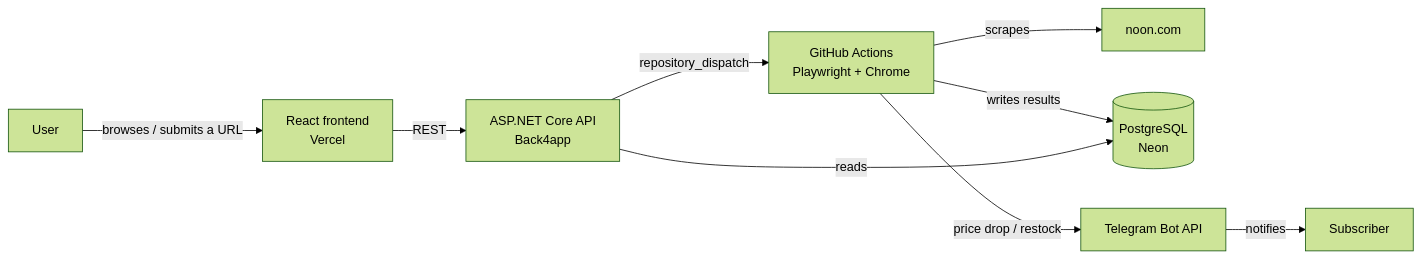
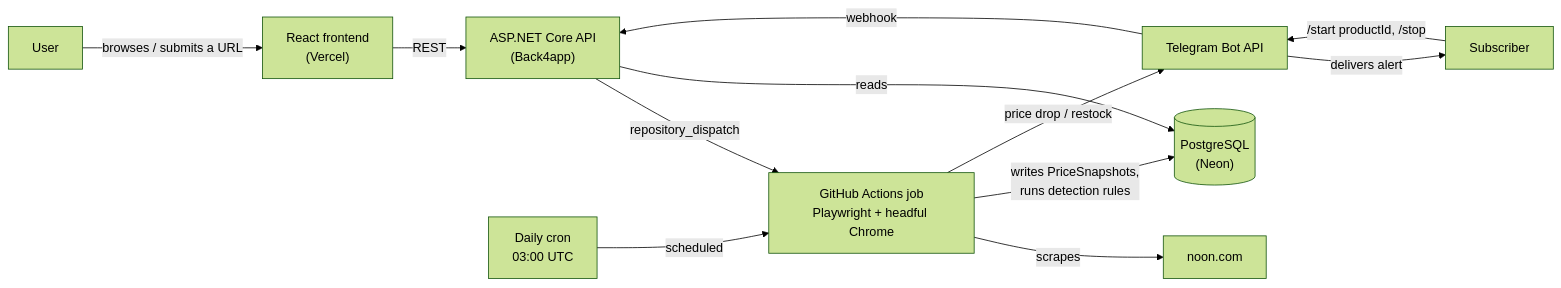
Before and after one commit to alieldeenahmed/Noon-Scraper: the first of 2 diagrams in README.md, drawn with Mermaid (forest theme). The commit also changed other lines of this file, not shown here.

````diff
--- a/README.md
+++ b/README.md
@@ -25,11 +50,14 @@
 ```mermaid
 flowchart LR
-    User -->|browses / submits a URL| FE[React frontend<br/>Vercel]
-    FE -->|REST| API[ASP.NET Core API<br/>Back4app]
-    API -->|repository_dispatch| GHA[GitHub Actions<br/>Playwright + Chrome]
+    User -->|browses / submits a URL| FE["React frontend<br/>(Vercel)"]
+    FE -->|REST| API["ASP.NET Core API<br/>(Back4app)"]
+    API -->|repository_dispatch| GHA["GitHub Actions job<br/>Playwright + headful Chrome"]
+    Cron["Daily cron<br/>03:00 UTC"] -->|scheduled| GHA
     GHA -->|scrapes| Noon[noon.com]
-    GHA -->|writes results| DB[(PostgreSQL<br/>Neon)]
+    GHA -->|writes PriceSnapshots,<br/>runs detection rules| DB[("PostgreSQL<br/>(Neon)")]
     API -->|reads| DB
     GHA -->|price drop / restock| TG[Telegram Bot API]
-    TG -->|notifies| Subscriber
+    TG -->|delivers alert| Subscriber
+    Subscriber -->|/start productId, /stop| TG
+    TG -->|webhook| API
 ```
````
